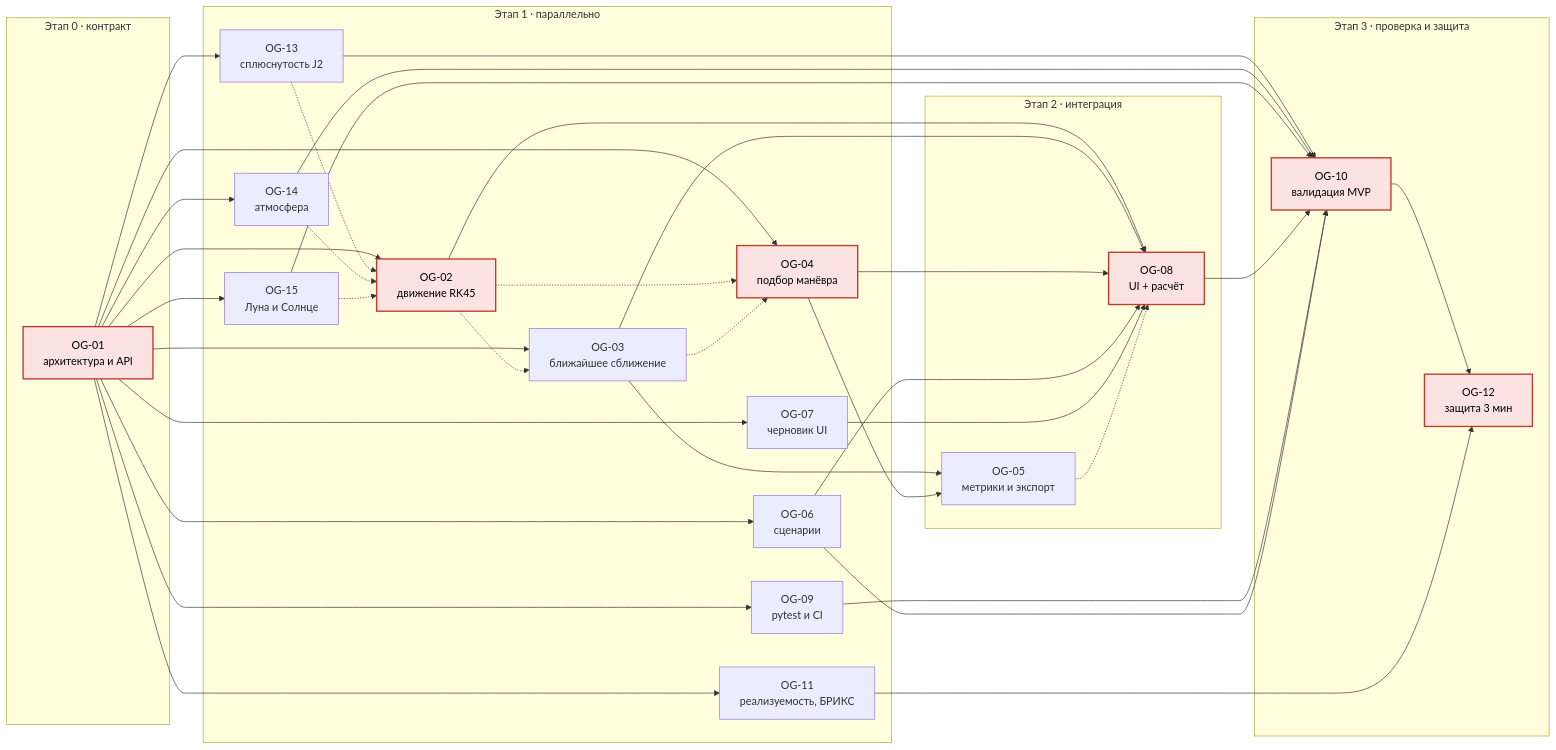
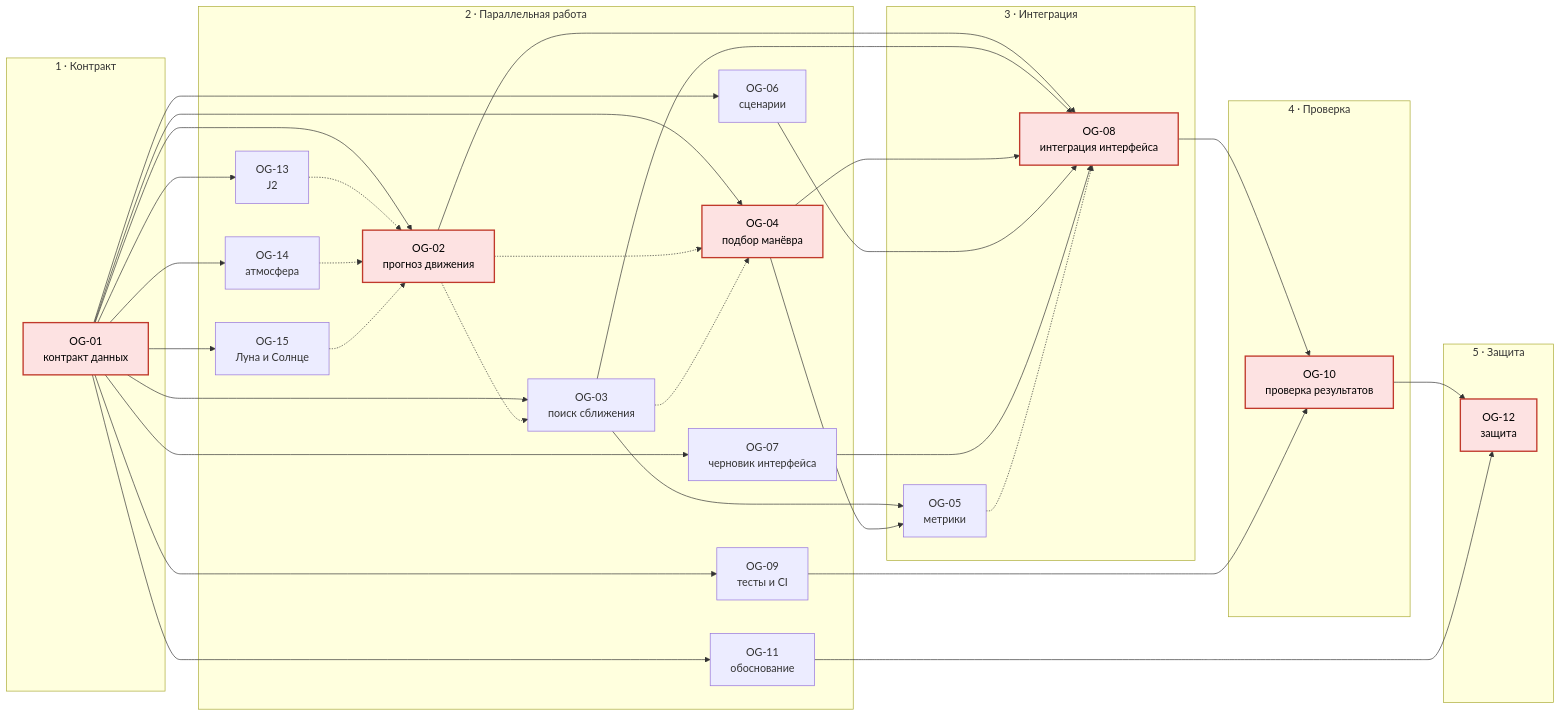
Before and after one commit to orbitguard-team/orbitguard: the diagram in docs/WORK_SPLIT.md, drawn with Mermaid. The commit also changed other lines of this file and 2 other files, not shown here.

````diff
--- a/docs/WORK_SPLIT.md
+++ b/docs/WORK_SPLIT.md
@@ -27,46 +12,45 @@
 ```mermaid
 flowchart LR
-    subgraph S0["Этап 0 · контракт"]
-        OG01["OG-01<br/>архитектура и API"]
+    subgraph S1["1 · Контракт"]
+        OG01["OG-01<br/>контракт данных"]
     end
 
-    subgraph S1["Этап 1 · параллельно"]
-        OG02["OG-02<br/>движение RK45"]
-        OG03["OG-03<br/>ближайшее сближение"]
+    subgraph S2["2 · Параллельная работа"]
+        OG02["OG-02<br/>прогноз движения"]
+        OG13["OG-13<br/>J2"]
+        OG14["OG-14<br/>атмосфера"]
+        OG15["OG-15<br/>Луна и Солнце"]
+        OG03["OG-03<br/>поиск сближения"]
         OG04["OG-04<br/>подбор манёвра"]
         OG06["OG-06<br/>сценарии"]
-        OG07["OG-07<br/>черновик UI"]
-        OG09["OG-09<br/>pytest и CI"]
-        OG11["OG-11<br/>реализуемость, БРИКС"]
-        OG13["OG-13<br/>сплюснутость J2"]
-        OG14["OG-14<br/>атмосфера"]
-        OG15["OG-15<br/>Луна и Солнце"]
+        OG07["OG-07<br/>черновик интерфейса"]
+        OG09["OG-09<br/>тесты и CI"]
+        OG11["OG-11<br/>обоснование"]
     end
 
-    subgraph S2["Этап 2 · интеграция"]
-        OG05["OG-05<br/>метрики и экспорт"]
-        OG08["OG-08<br/>UI + расчёт"]
+    subgraph S3["3 · Интеграция"]
+        OG05["OG-05<br/>метрики"]
+        OG08["OG-08<br/>интеграция интерфейса"]
     end
 
-    subgraph S3["Этап 3 · проверка и защита"]
-        OG10["OG-10<br/>валидация MVP"]
-        OG12["OG-12<br/>защита 3 мин"]
+    subgraph S4["4 · Проверка"]
+        OG10["OG-10<br/>проверка результатов"]
     end
 
-    OG01 --> OG02 & OG03 & OG04 & OG06 & OG07 & OG09 & OG11
-    OG01 --> OG13 & OG14 & OG15
+    subgraph S5["5 · Защита"]
+        OG12["OG-12<br/>защита"]
+    end
+
+    OG01 --> OG02 & OG03 & OG04 & OG06 & OG07 & OG09 & OG11 & OG13 & OG14 & OG15
     OG13 & OG14 & OG15 -.-> OG02
-    OG13 & OG14 & OG15 --> OG10
-    OG02 -.-> OG03
-    OG02 -.-> OG04
+    OG02 -.-> OG03 & OG04
     OG03 -.-> OG04
-    OG03 --> OG05
-    OG04 --> OG05
+    OG03 & OG04 --> OG05
     OG02 & OG03 & OG04 & OG06 & OG07 --> OG08
     OG05 -.-> OG08
-    OG08 & OG09 & OG06 --> OG10
+    OG08 & OG09 --> OG10
     OG10 & OG11 --> OG12
 
     classDef crit fill:#fde2e2,stroke:#c0392b,stroke-width:2px,color:#000
     class OG01,OG02,OG04,OG08,OG10,OG12 crit
 ```
````
